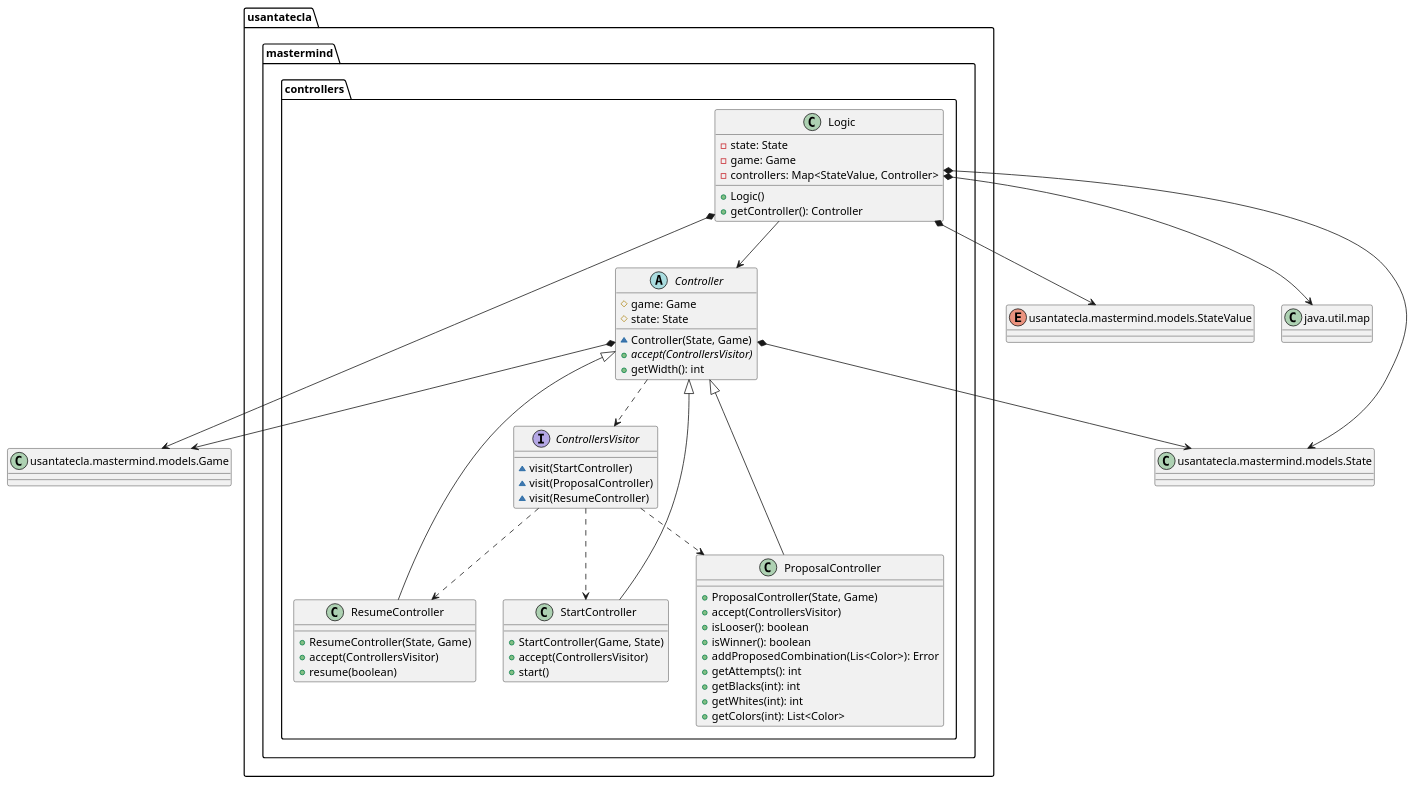
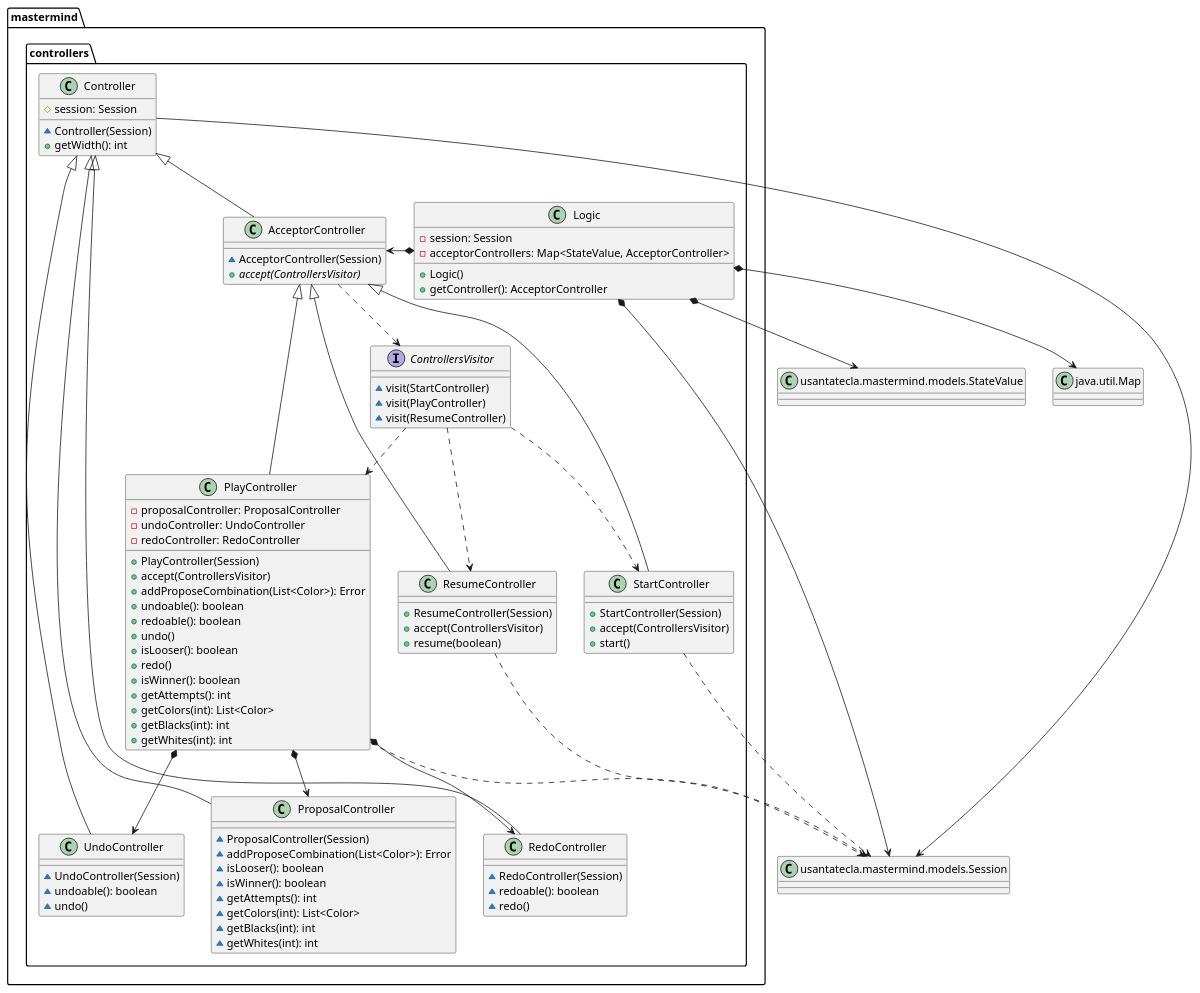
Before and after one commit to SantaTecla-mastermind/solution.java.swing.socket.sql: the third of 5 diagrams in modelViewPresenter/presentationModel/withComposite/docs/diagrams/src/paquetes.plantuml, drawn with PlantUML. The commit also changed other lines of this file and 6 other files, not shown here.

Commit message:
Diagramas terminados MVP WithComposite

```diff
--- a/modelViewPresenter/presentationModel/withComposite/docs/diagrams/src/paquetes.plantuml
+++ b/modelViewPresenter/presentationModel/withComposite/docs/diagrams/src/paquetes.plantuml
@@ -187,78 +217,116 @@
 @startuml usantatecla.mastermind.controllers
-class Game as "usantatecla.mastermind.models.Game" {
+class Map as "java.util.Map" {
 
 
 }
-
-class State as "usantatecla.mastermind.models.State" {
+class Session as "usantatecla.mastermind.models.Session" {
 
 
 }
-
-Enum StateValue as "usantatecla.mastermind.models.StateValue" {
+class StateValue as "usantatecla.mastermind.models.StateValue" {
 
 
 }
+class  mastermind.controllers.AcceptorController{
+~ AcceptorController(Session)
++ {abstract} accept(ControllersVisitor)
+}
+mastermind.controllers.Controller <|-down- mastermind.controllers.AcceptorController
+mastermind.controllers.AcceptorController ..> mastermind.controllers.ControllersVisitor
 
-class Map as "java.util.map"
-
-abstract class usantatecla.mastermind.controllers.Controller{
-# game: Game
-# state: State
-~ Controller(State, Game)
-+ {abstract} accept(ControllersVisitor)
+class  mastermind.controllers.Controller{
+# session: Session
+~ Controller(Session)
 + getWidth(): int
 }
-usantatecla.mastermind.controllers.Controller *-down-> State
-usantatecla.mastermind.controllers.Controller *-down-> Game
-usantatecla.mastermind.controllers.Controller ..> usantatecla.mastermind.controllers.ControllersVisitor
+mastermind.controllers.Controller -down-> Session
 
-interface usantatecla.mastermind.controllers.ControllersVisitor{
+
+interface  mastermind.controllers.ControllersVisitor{
 ~ visit(StartController)
-~ visit(ProposalController)
+~ visit(PlayController)
 ~ visit(ResumeController)
 }
-usantatecla.mastermind.controllers.ControllersVisitor ..> usantatecla.mastermind.controllers.ResumeController
-usantatecla.mastermind.controllers.ControllersVisitor ..> usantatecla.mastermind.controllers.StartController
-usantatecla.mastermind.controllers.ControllersVisitor ..> usantatecla.mastermind.controllers.ProposalController
+mastermind.controllers.ControllersVisitor ..> mastermind.controllers.ResumeController
+mastermind.controllers.ControllersVisitor ..> mastermind.controllers.StartController
+mastermind.controllers.ControllersVisitor ..> mastermind.controllers.PlayController
 
-class  usantatecla.mastermind.controllers.Logic{
-- state: State
-- game: Game
-- controllers: Map<StateValue, Controller>
+class  mastermind.controllers.Logic{
+- session: Session
+- acceptorControllers: Map<StateValue, AcceptorController>
 + Logic()
-+ getController(): Controller
++ getController(): AcceptorController
 }
-usantatecla.mastermind.controllers.Logic *-down-> StateValue
-usantatecla.mastermind.controllers.Logic *-down-> State
-usantatecla.mastermind.controllers.Logic *-down-> Map
-usantatecla.mastermind.controllers.Logic *-down-> Game
-usantatecla.mastermind.controllers.Logic --> usantatecla.mastermind.controllers.Controller
 
-class  usantatecla.mastermind.controllers.ProposalController{
-+ ProposalController(State, Game)
+mastermind.controllers.Logic *-down-> Session
+mastermind.controllers.Logic *-down-> StateValue
+mastermind.controllers.Logic *-down-> Map
+
+mastermind.controllers.Logic *-> mastermind.controllers.AcceptorController
+
+class  mastermind.controllers.PlayController{
+- proposalController: ProposalController
+- undoController: UndoController
+- redoController: RedoController
++ PlayController(Session)
 + accept(ControllersVisitor)
++ addProposeCombination(List<Color>): Error
++ undoable(): boolean
++ redoable(): boolean
++ undo()
 + isLooser(): boolean
++ redo()
 + isWinner(): boolean
-+ addProposedCombination(Lis<Color>): Error
 + getAttempts(): int
++ getColors(int): List<Color>
 + getBlacks(int): int
 + getWhites(int): int
-+ getColors(int): List<Color>
 }
-usantatecla.mastermind.controllers.Controller <|-down- usantatecla.mastermind.controllers.ProposalController
+mastermind.controllers.AcceptorController <|-down- mastermind.controllers.PlayController
+mastermind.controllers.PlayController *-down-> mastermind.controllers.RedoController
+mastermind.controllers.PlayController *-down-> mastermind.controllers.UndoController
+mastermind.controllers.PlayController *-down-> mastermind.controllers.ProposalController
+mastermind.controllers.PlayController ..> Session
 
-class  usantatecla.mastermind.controllers.ResumeController{
-+ ResumeController(State, Game)
+class  mastermind.controllers.ProposalController{
+~ ProposalController(Session)
+~ addProposeCombination(List<Color>): Error
+~ isLooser(): boolean
+~ isWinner(): boolean
+~ getAttempts(): int
+~ getColors(int): List<Color>
+~ getBlacks(int): int
+~ getWhites(int): int
+}
+mastermind.controllers.Controller <|-down- mastermind.controllers.ProposalController
+
+class  mastermind.controllers.RedoController{
+~ RedoController(Session)
+~ redoable(): boolean
+~ redo()
+}
+mastermind.controllers.Controller <|-down- mastermind.controllers.RedoController
+
+class  mastermind.controllers.ResumeController{
++ ResumeController(Session)
 + accept(ControllersVisitor)
 + resume(boolean)
 }
-usantatecla.mastermind.controllers.Controller <|-down- usantatecla.mastermind.controllers.ResumeController
+mastermind.controllers.AcceptorController <|-down- mastermind.controllers.ResumeController
+mastermind.controllers.ResumeController ..> Session
 
-class  usantatecla.mastermind.controllers.StartController{
-+ StartController(Game, State)
+class  mastermind.controllers.StartController{
++ StartController(Session)
 + accept(ControllersVisitor)
 + start()
 }
-usantatecla.mastermind.controllers.Controller <|-down- usantatecla.mastermind.controllers.StartController
+mastermind.controllers.AcceptorController <|-down- mastermind.controllers.StartController
+mastermind.controllers.StartController ..> Session
+
+class  mastermind.controllers.UndoController{
+~ UndoController(Session)
+~ undoable(): boolean
+~ undo()
+}
+mastermind.controllers.Controller <|-down- mastermind.controllers.UndoController
 @enduml
```
